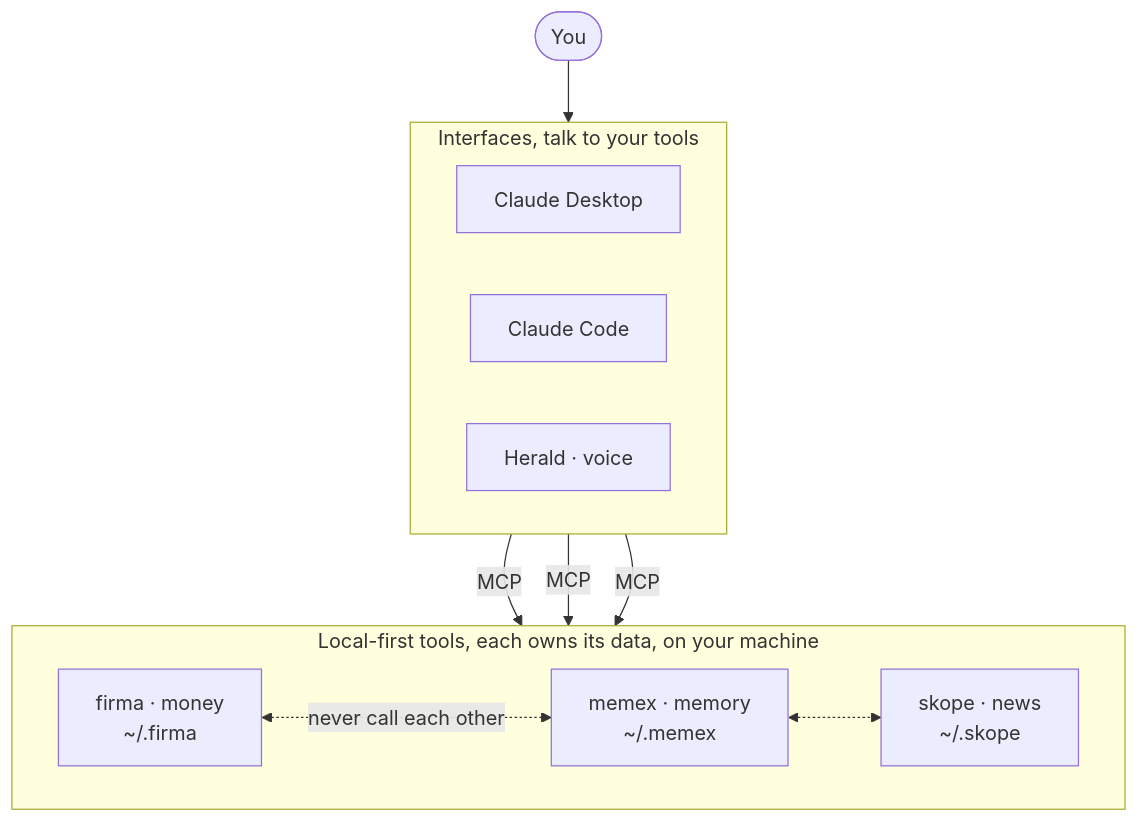
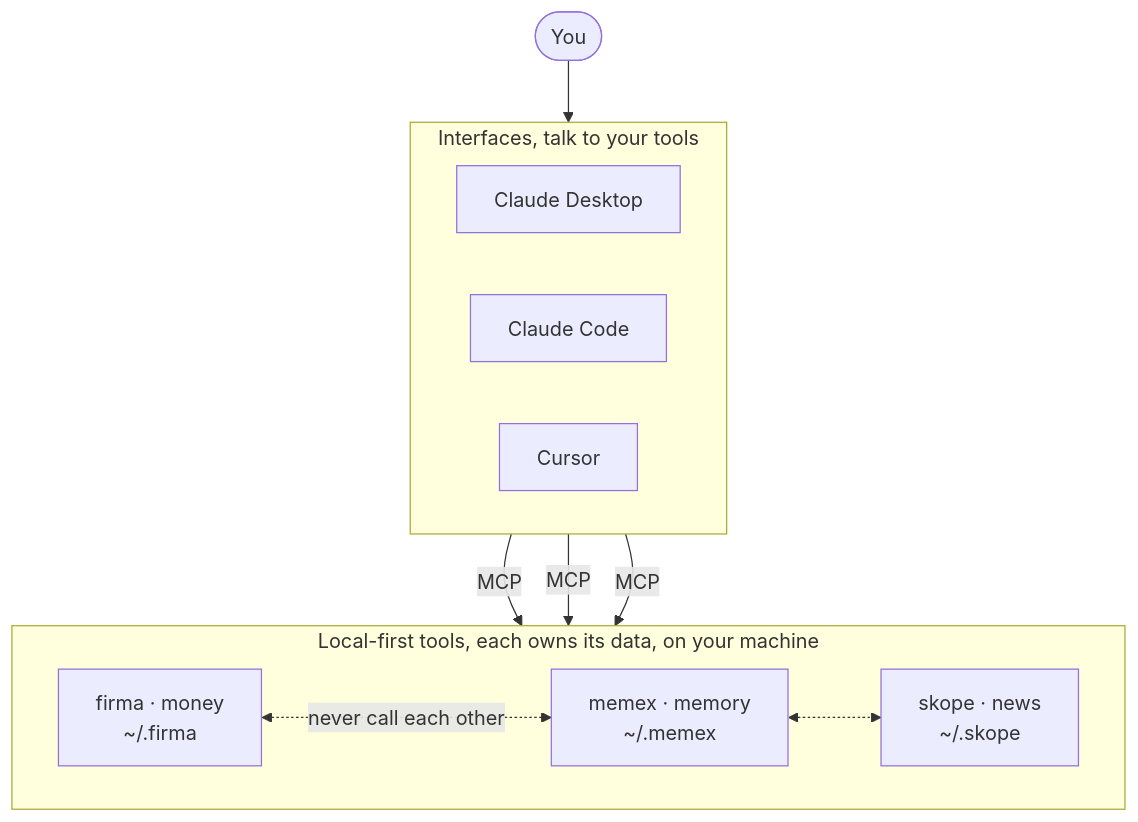
Before and after one commit to evan-moon/memex: the diagram in README.md, drawn with Mermaid. The commit also changed other lines of this file and 2 other files, not shown here.

Commit message:
docs: stop advertising an abandoned tool
The README shipped in the npm package, and the docs site, both linked Herald as
a live voice interface for this ecosystem. It is not maintained and not used,
including by its author — and an evaluator who follows that link reads the whole
ecosystem as vaporware. The three tools stand on their own; the interface list
is now just MCP clients.

Folder-name references in the migration docs stay: the layer backfill really
does map a `herald` folder to `state`, and that code is still there.

````diff
--- a/README.md
+++ b/README.md
@@ -323,20 +323,20 @@
 ```mermaid
 flowchart TB
     U([You])
     subgraph I["Interfaces, talk to your tools"]
         direction LR
         CD[Claude Desktop]
         CC[Claude Code]
-        H["Herald · voice"]
+        CU[Cursor]
     end
     subgraph T["Local-first tools, each owns its data, on your machine"]
         direction LR
         F["firma · money<br/>~/.firma"]
         M["memex · memory<br/>~/.memex"]
         S["skope · news<br/>~/.skope"]
     end
     U --> I
     I -- MCP --> F & M & S
     F <-. never call each other .-> M
     M <-.-> S
 ```
````
